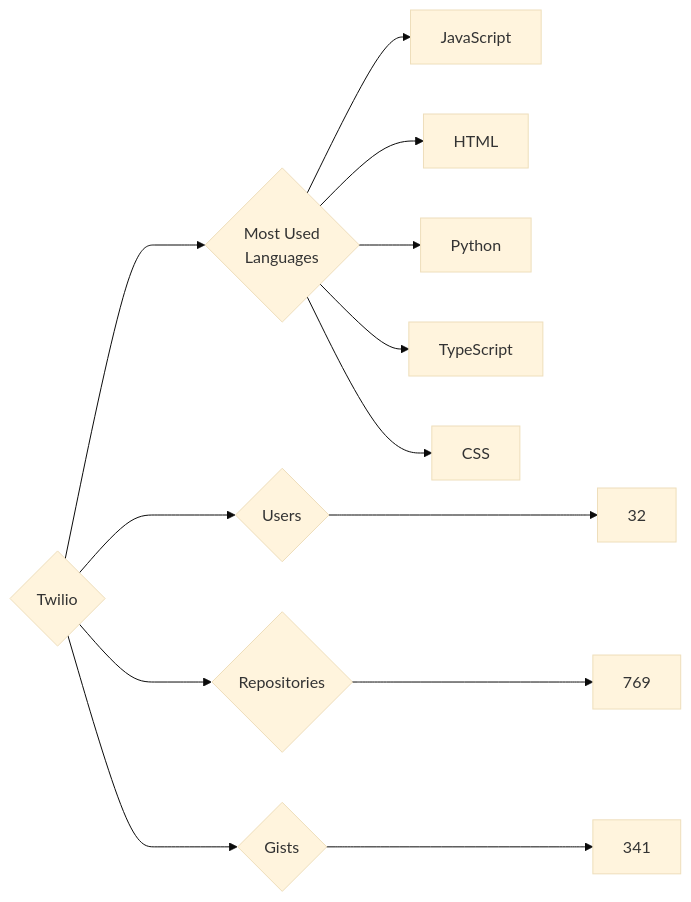
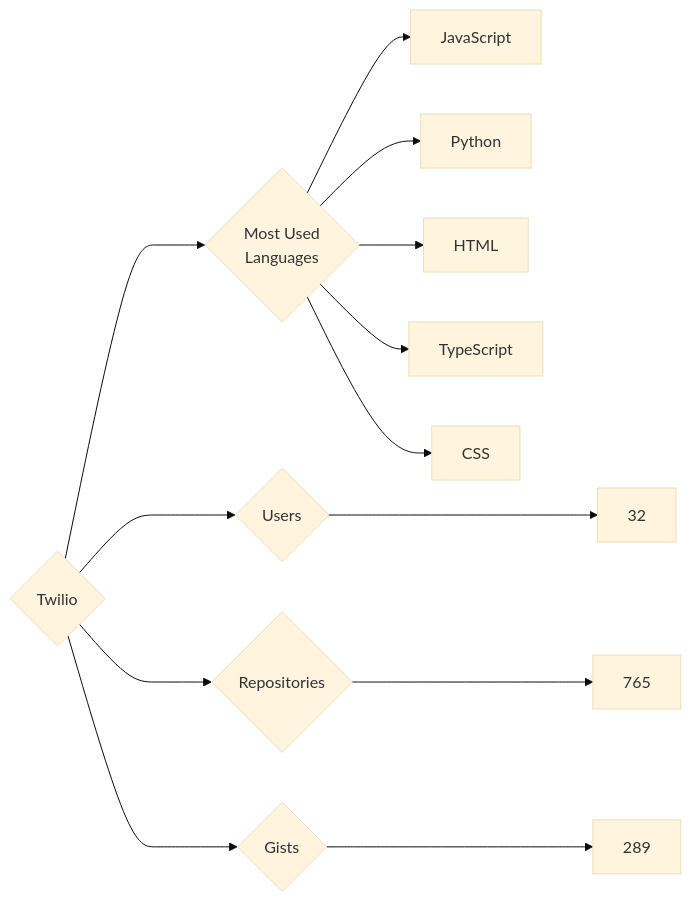
Before and after one commit to trickest/insiders: the diagram in targets/Twilio/README.md, drawn with Mermaid (base theme). The commit also changed 1508 other files, not shown here.

````diff
--- a/targets/Twilio/README.md
+++ b/targets/Twilio/README.md
@@ -3,13 +3,13 @@
 ```mermaid
 graph LR
 COMPANY_NAME{Twilio}
 COMPANY_NAME ---> U{Users} ---> UN[32]
-COMPANY_NAME ---> R{Repositories} ---> RN[769]
-COMPANY_NAME ---> G{Gists} ---> GN[341]
+COMPANY_NAME ---> R{Repositories} ---> RN[765]
+COMPANY_NAME ---> G{Gists} ---> GN[289]
 COMPANY_NAME ---> ML{Most Used<br>Languages}
 ML --> JavaScript[JavaScript]
+ML --> Python[Python]
 ML --> HTML[HTML]
-ML --> Python[Python]
 ML --> TypeScript[TypeScript]
 ML --> CSS[CSS]
 ```
````
